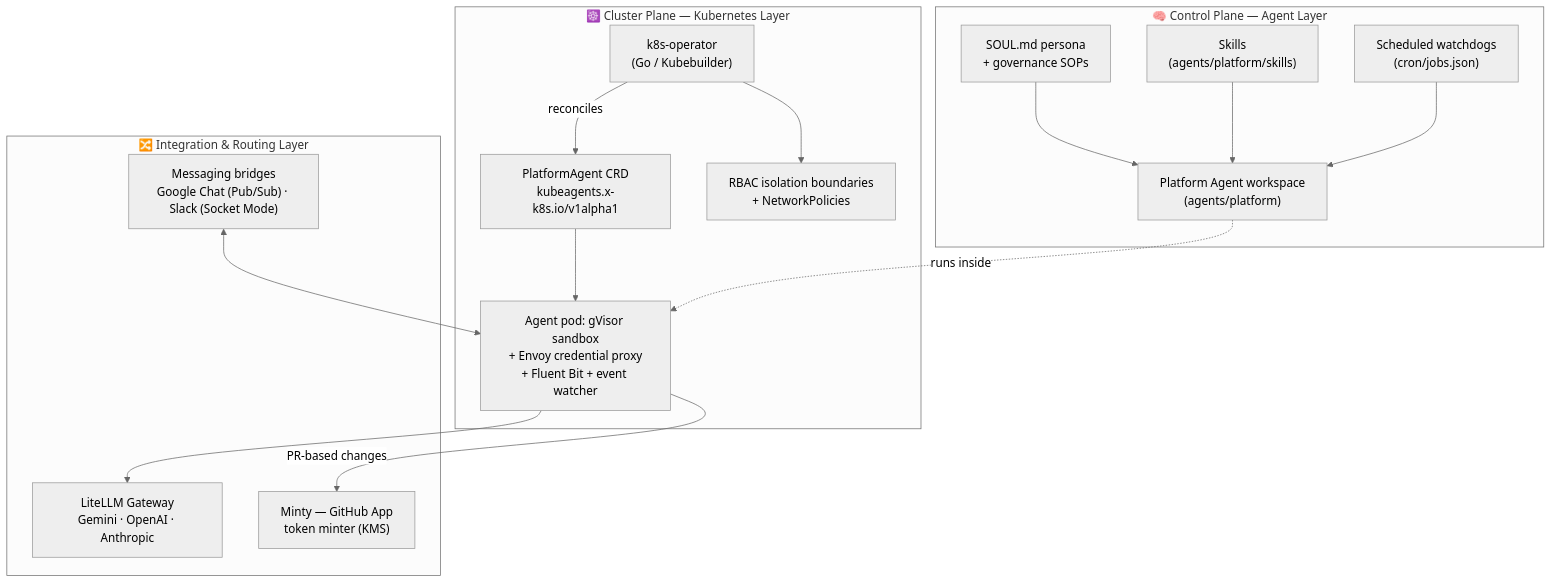
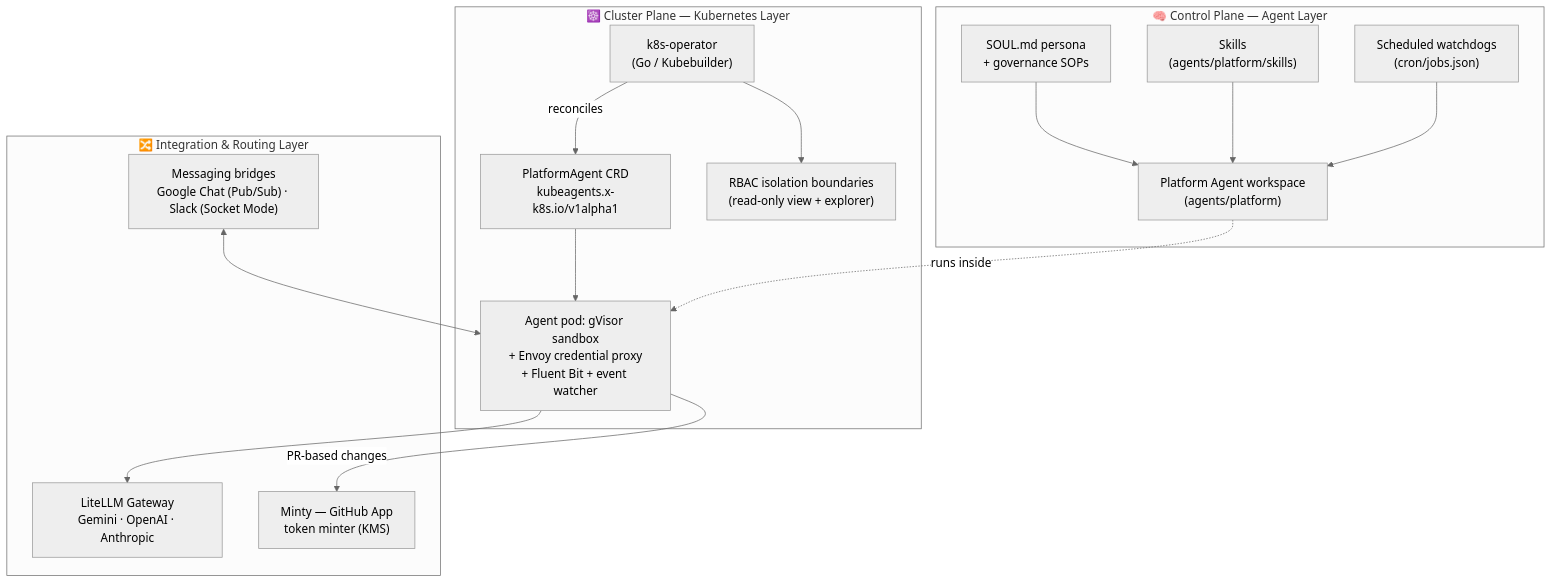
Before and after one commit to gke-labs/kube-agents: the diagram in README.md, drawn with Mermaid (neutral theme). The commit also changed other lines of this file, not shown here.

````diff
--- a/README.md
+++ b/README.md
@@ -137,33 +137,33 @@
 ```mermaid
 flowchart TB
     subgraph agent["🧠 Control Plane — Agent Layer"]
         SOUL["SOUL.md persona<br/>+ governance SOPs"]
         SKILLS["Skills<br/>(agents/platform/skills)"]
         CRON["Scheduled watchdogs<br/>(cron/jobs.json)"]
         PA["Platform Agent workspace<br/>(agents/platform)"]
         SOUL --> PA
         SKILLS --> PA
         CRON --> PA
     end
 
     subgraph cluster["☸️ Cluster Plane — Kubernetes Layer"]
         OP["k8s-operator<br/>(Go / Kubebuilder)"]
         CRD["PlatformAgent CRD<br/>kubeagents.x-k8s.io/v1alpha1"]
         POD["Agent pod: gVisor sandbox<br/>+ Envoy credential proxy<br/>+ Fluent Bit + event watcher"]
-        RBAC["RBAC isolation boundaries<br/>+ NetworkPolicies"]
+        RBAC["RBAC isolation boundaries<br/>(read-only view + explorer)"]
         OP -->|reconciles| CRD
         CRD --> POD
         OP --> RBAC
     end
 
     subgraph integration["🔀 Integration & Routing Layer"]
         LLM["LiteLLM Gateway<br/>Gemini · OpenAI · Anthropic"]
         CHAT["Messaging bridges<br/>Google Chat (Pub/Sub) · Slack (Socket Mode)"]
         GH["Minty — GitHub App<br/>token minter (KMS)"]
     end
 
     PA -.runs inside.-> POD
     POD --> LLM
     CHAT <--> POD
     POD -->|PR-based changes| GH
 ```
````
